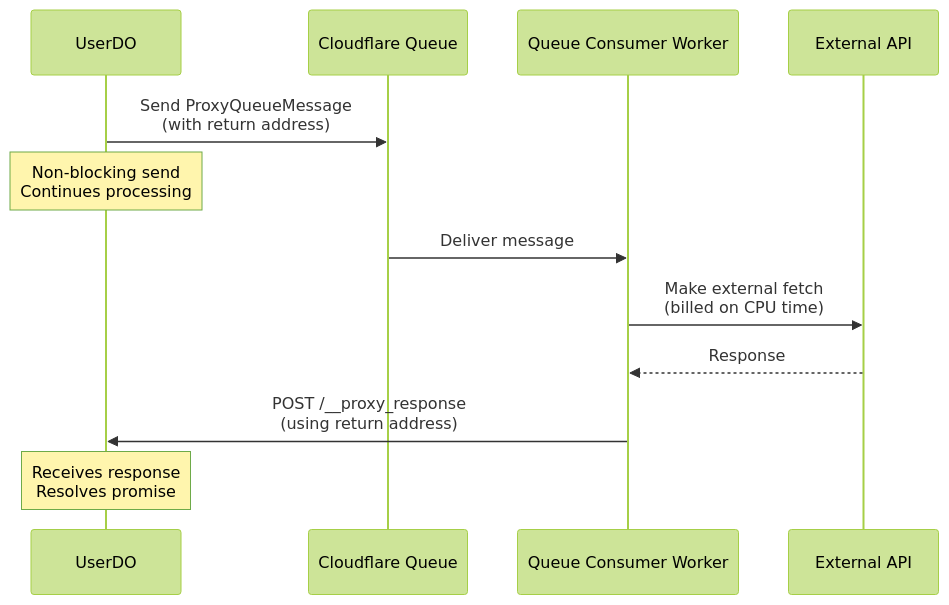
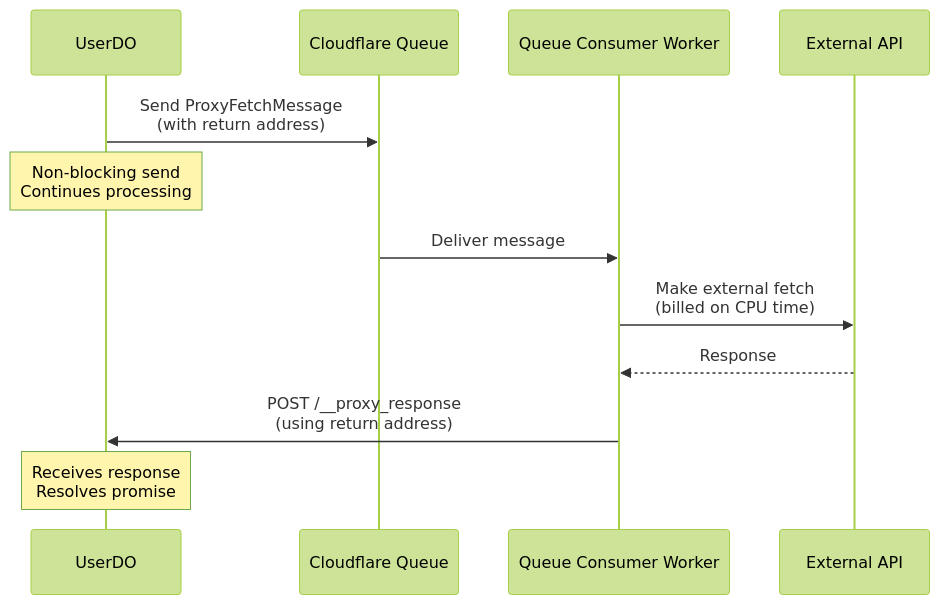
One commit to lumenize/lumenize changed the diagram in WIP.md. Above: the diagram before and after it, drawn with Mermaid (forest theme). The commit also changed other lines of this file and 2 other files, not shown here.

````diff
--- a/WIP.md
+++ b/WIP.md
@@ -87,15 +87,15 @@
 ```mermaid
 sequenceDiagram
     participant UserDO as UserDO
     participant Queue as Cloudflare Queue
     participant Worker as Queue Consumer Worker
     participant API as External API
     
-    UserDO->>Queue: Send ProxyQueueMessage<br/>(with return address)
+    UserDO->>Queue: Send ProxyFetchMessage<br/>(with return address)
     Note over UserDO: Non-blocking send<br/>Continues processing
     Queue->>Worker: Deliver message
     Worker->>API: Make external fetch<br/>(billed on CPU time)
     API-->>Worker: Response
     Worker->>UserDO: POST /__proxy_response<br/>(using return address)
     Note over UserDO: Receives response<br/>Resolves promise
 ```
````
